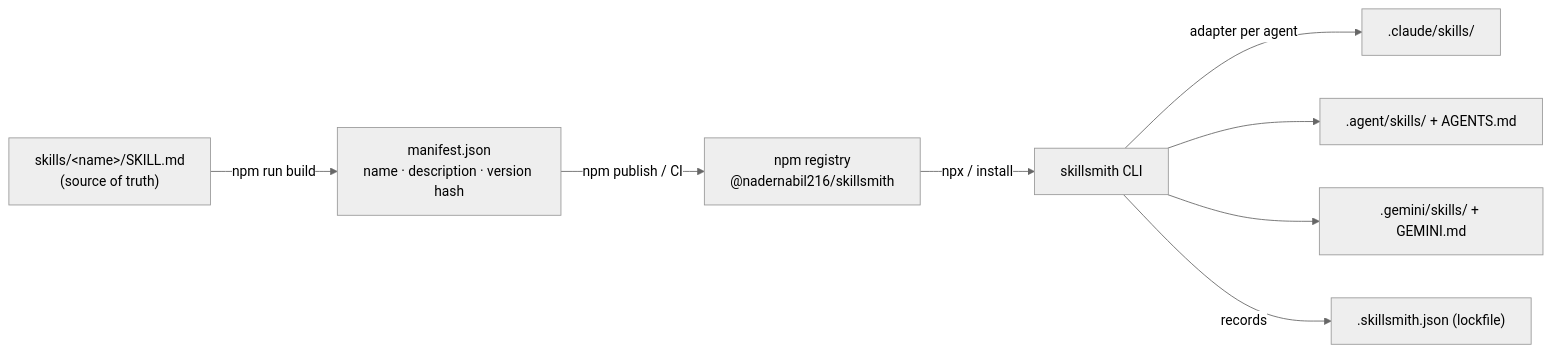
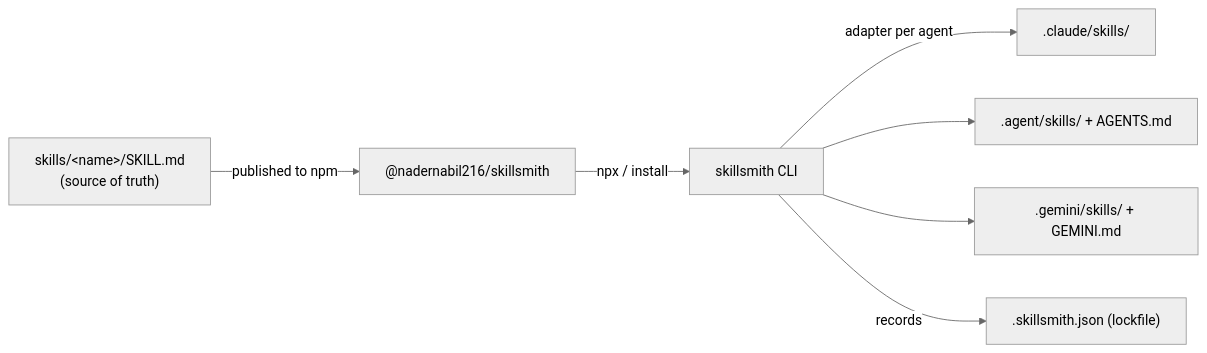
One commit to NaderNabil216/skillsmith changed the diagram in README.md. Above: the diagram before and after it, drawn with Mermaid (neutral theme). The commit also changed other lines of this file, not shown here.

First line of the commit message:
docs: focus README on install + skills

````diff
--- a/README.md
+++ b/README.md
@@ -115,10 +145,9 @@
 ```mermaid
 flowchart LR
-    A["skills/&lt;name&gt;/SKILL.md<br/>(source of truth)"] -->|npm run build| B["manifest.json<br/>name · description · version hash"]
-    B -->|npm publish / CI| C["npm registry<br/>@nadernabil216/skillsmith"]
+    A["skills/&lt;name&gt;/SKILL.md<br/>(source of truth)"] -->|published to npm| C["@nadernabil216/skillsmith"]
     C -->|npx / install| D["skillsmith CLI"]
     D -->|adapter per agent| E[".claude/skills/"]
     D --> F[".agent/skills/ + AGENTS.md"]
     D --> G[".gemini/skills/ + GEMINI.md"]
     D -->|records| H[".skillsmith.json (lockfile)"]
 ```
````
